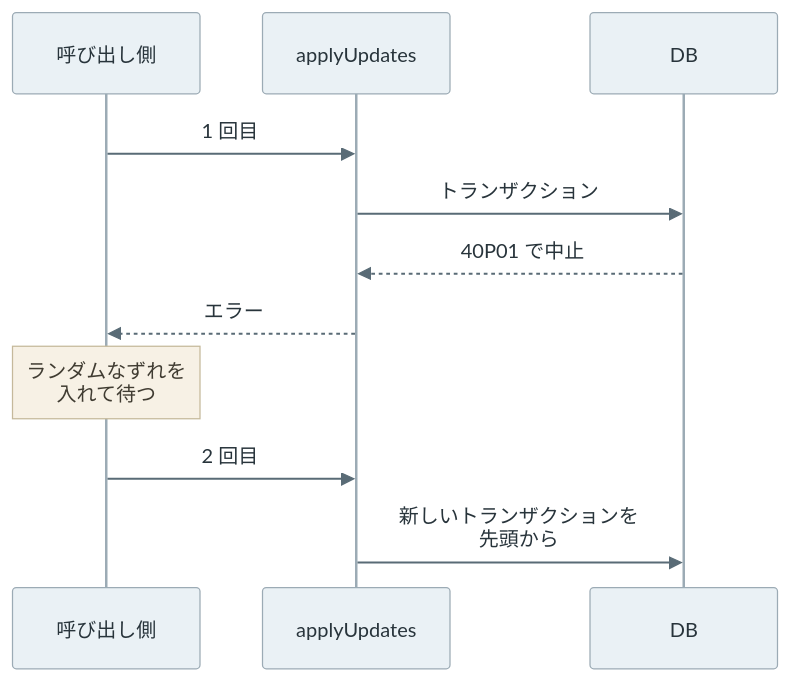
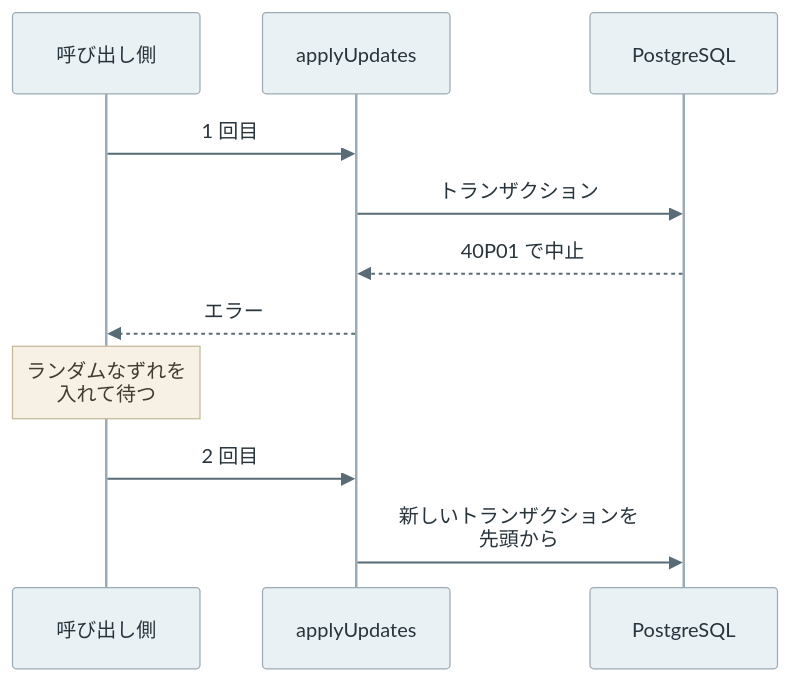
One commit to nao1215/debimate changed the seventh of 7 diagrams in content/notes/database-systems/deadlock/index.md. Above: the diagram before and after it, drawn with Mermaid. The commit also changed other lines of this file and 32 other files, not shown here.

````diff
--- a/content/notes/database-systems/deadlock/index.md
+++ b/content/notes/database-systems/deadlock/index.md
@@ -278,14 +306,14 @@
 ```mermaid
 %%{init: {"theme":"base","themeVariables":{"primaryColor":"#eaf1f5","primaryTextColor":"#28343b","primaryBorderColor":"#9cabb5","lineColor":"#596b76","textColor":"#28343b","actorBkg":"#eaf1f5","actorBorder":"#9cabb5","actorTextColor":"#28343b","actorLineColor":"#9cabb5","signalColor":"#596b76","signalTextColor":"#28343b","noteBkgColor":"#f7f1e5","noteBorderColor":"#c5b99b","noteTextColor":"#403c32","activationBkgColor":"#edf3ef","activationBorderColor":"#9aafa1"}}}%%
 sequenceDiagram
     participant C as 呼び出し側
     participant F as applyUpdates
-    participant D as DB
+    participant D as PostgreSQL
     C->>F: 1 回目
     F->>D: トランザクション
     D-->>F: 40P01 で中止
     F-->>C: エラー
     Note over C: ランダムなずれを<br/>入れて待つ
     C->>F: 2 回目
     F->>D: 新しいトランザクションを<br/>先頭から
 ```
````
